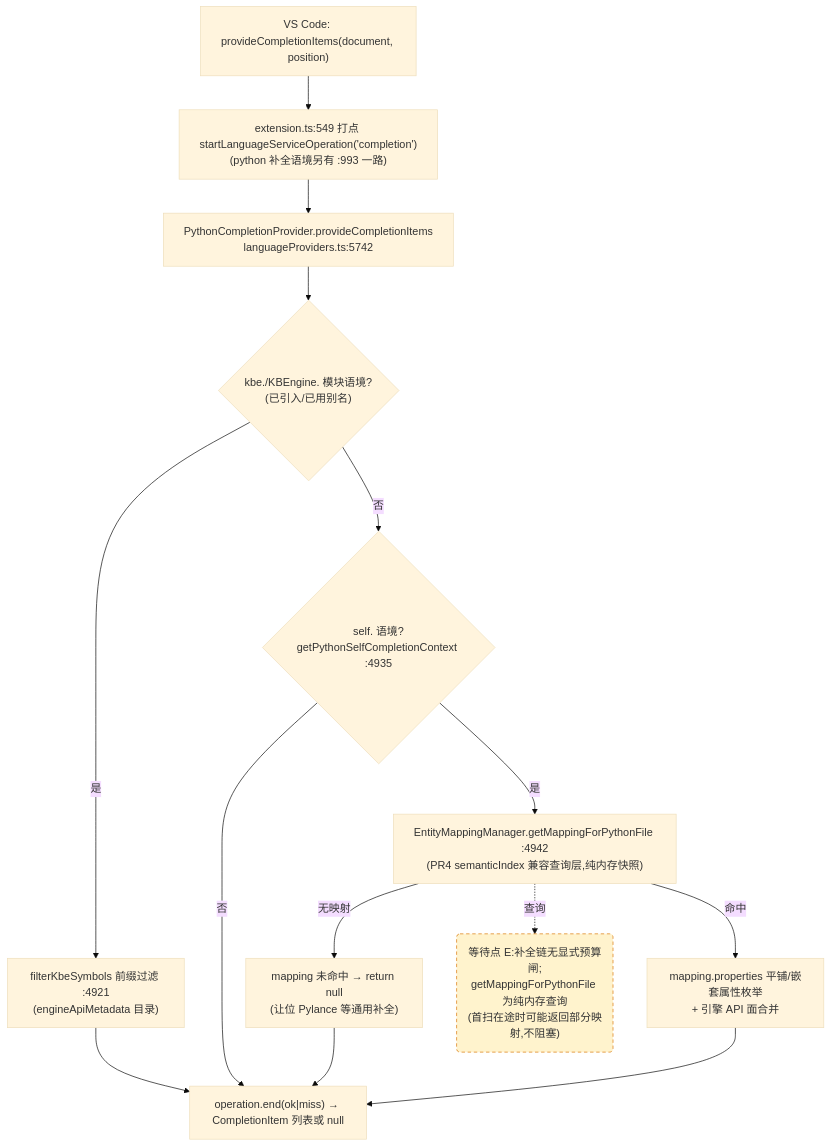
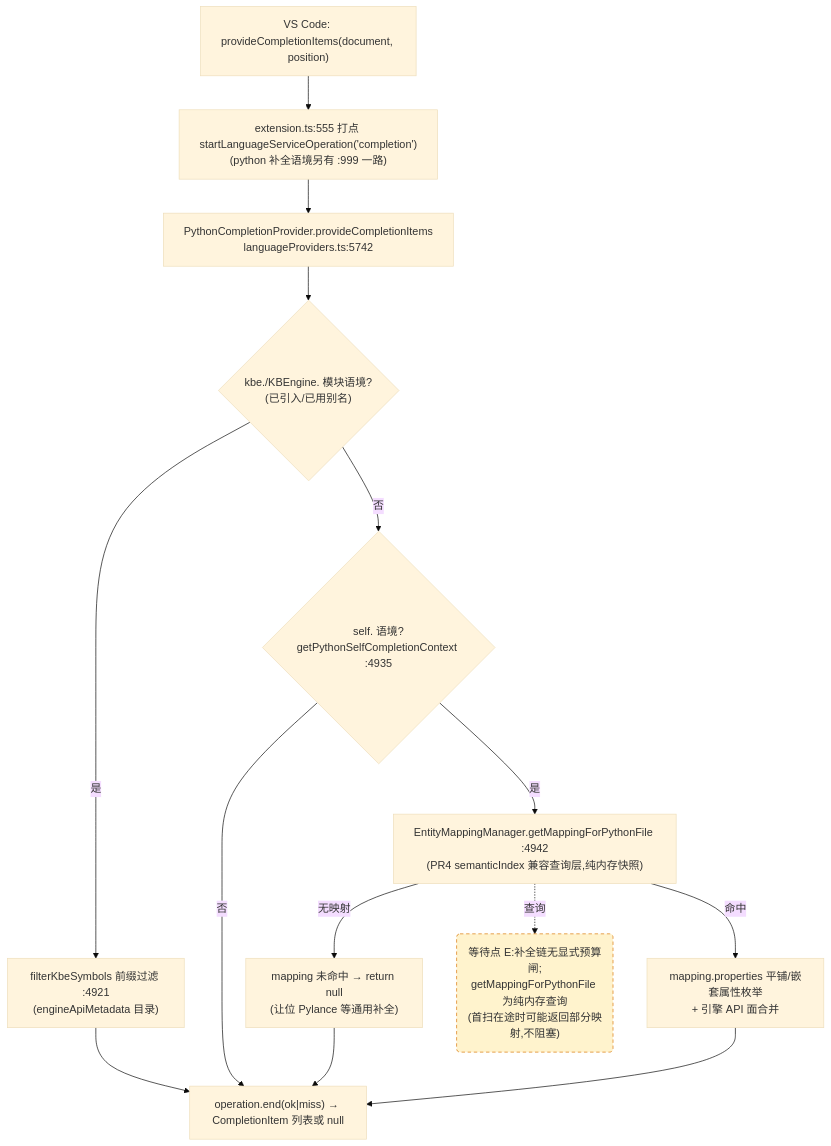
Before and after one commit to cuihairu/kode: the third of 4 diagrams in docs/perf/2026-baseline.md, drawn with Mermaid (base theme). The commit also changed other lines of this file and 13 other files, not shown here.

````diff
--- a/docs/perf/2026-baseline.md
+++ b/docs/perf/2026-baseline.md
@@ -184,27 +184,27 @@
 ```mermaid
 flowchart TD
   VC3["VS Code: provideCompletionItems(document, position)"]
-  M3["extension.ts:549 打点 startLanguageServiceOperation('completion')<br/>(python 补全语境另有 :993 一路)"]
+  M3["extension.ts:555 打点 startLanguageServiceOperation('completion')<br/>(python 补全语境另有 :999 一路)"]
   CP["PythonCompletionProvider.provideCompletionItems<br/>languageProviders.ts:5742"]
   KBEC{"kbe./KBEngine. 模块语境?<br/>(已引入/已用别名)"}
   FILTER["filterKbeSymbols 前缀过滤 :4921<br/>(engineApiMetadata 目录)"]
   SELFC{"self. 语境?<br/>getPythonSelfCompletionContext :4935"}
   MAP["EntityMappingManager.getMappingForPythonFile :4942<br/>(PR4 semanticIndex 兼容查询层,纯内存快照)"]
   NOMAP["mapping 未命中 → return null<br/>(让位 Pylance 等通用补全)"]
   PROPS["mapping.properties 平铺/嵌套属性枚举<br/>+ 引擎 API 面合并"]
   END3["operation.end(ok|miss) → CompletionItem 列表或 null"]
 
   VC3 --> M3 --> CP --> KBEC
   KBEC -- "是" --> FILTER --> END3
   KBEC -- "否" --> SELFC
   SELFC -- "否" --> END3
   SELFC -- "是" --> MAP
   MAP -- "无映射" --> NOMAP --> END3
   MAP -- "命中" --> PROPS --> END3
 
   WAITE("等待点 E:补全链无显式预算闸;<br/>getMappingForPythonFile 为纯内存查询<br/>(首扫在途时可能返回部分映射,不阻塞)")
   MAP -.->|查询| WAITE
 
   classDef waitPoint fill:#fff3cd,stroke:#d97706,stroke-dasharray:5 4;
   class WAITE waitPoint;
 ```
````
